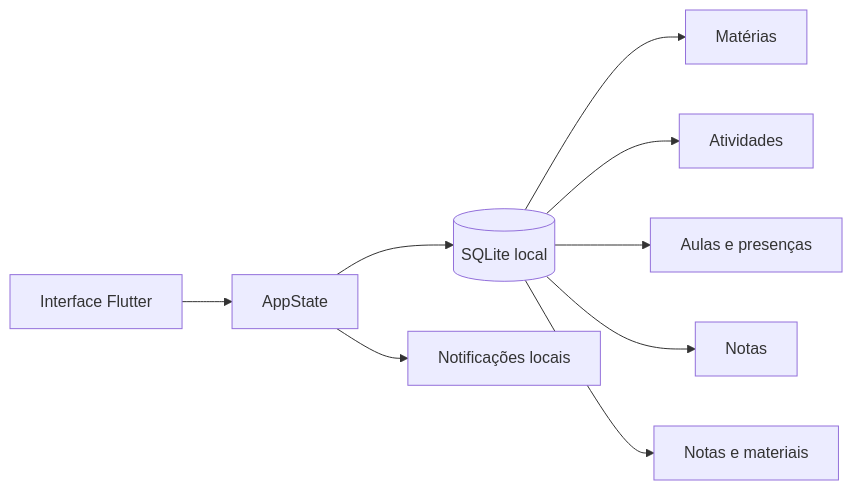
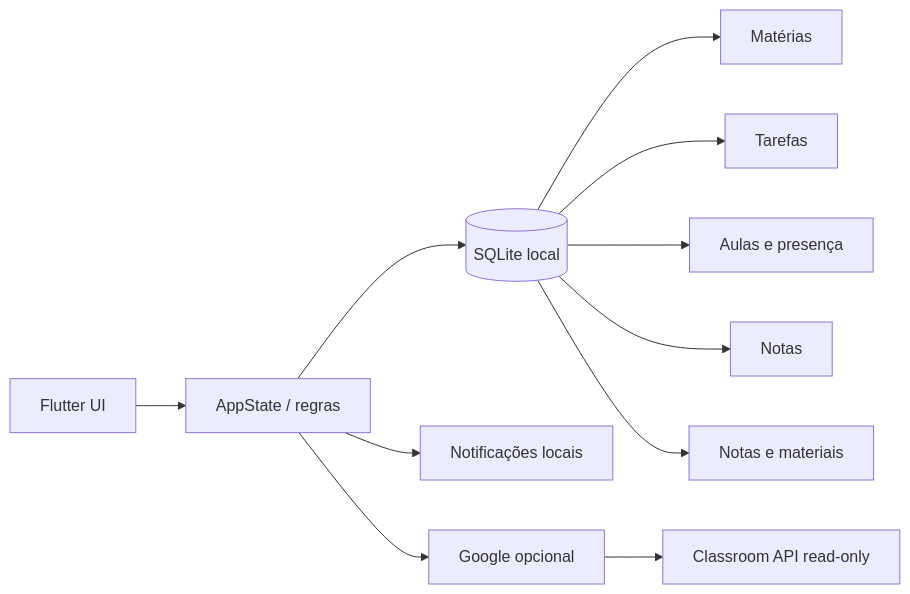
Before and after one commit to VictorAms12/academia-flow: the second of 2 diagrams in README.md, drawn with Mermaid. The commit also changed other lines of this file and 31 other files, not shown here.

First line of the commit message:
Academia Flow v2.5.10 - estabilização pré-2.6

````diff
--- a/README.md
+++ b/README.md
@@ -180,11 +112,13 @@
 ```mermaid
 flowchart LR
-    UI[Interface Flutter] --> STATE[AppState]
+    UI[Flutter UI] --> STATE[AppState / regras]
     STATE --> DB[(SQLite local)]
     STATE --> NOTIF[Notificações locais]
+    STATE --> GOOGLE[Google opcional]
+    GOOGLE --> CLASSROOM[Classroom API read-only]
     DB --> SUBJECTS[Matérias]
-    DB --> TASKS[Atividades]
-    DB --> CLASSES[Aulas e presenças]
+    DB --> TASKS[Tarefas]
+    DB --> CLASSES[Aulas e presença]
     DB --> GRADES[Notas]
     DB --> NOTES[Notas e materiais]
 ```
````
